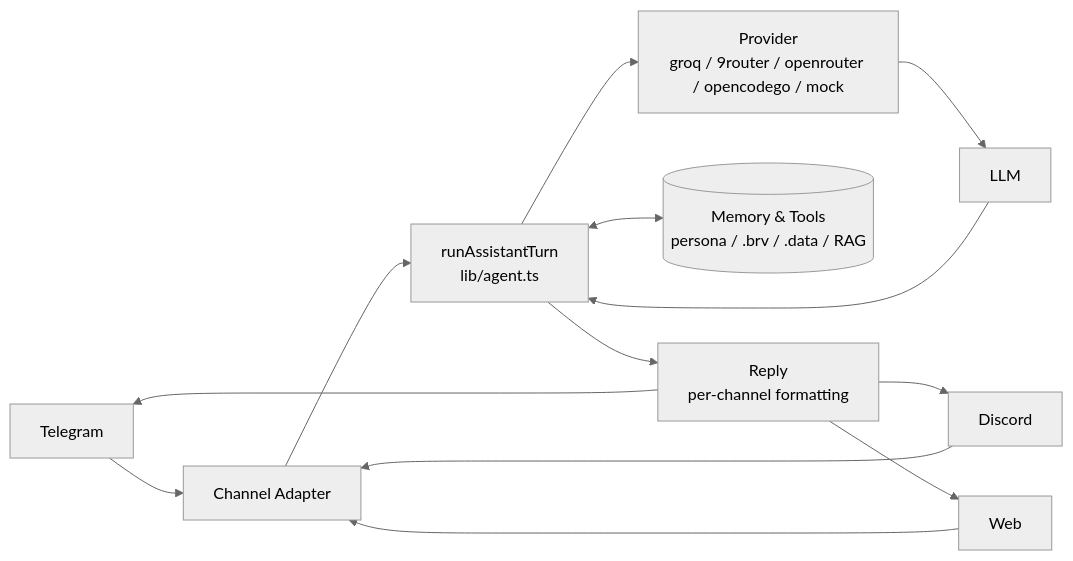
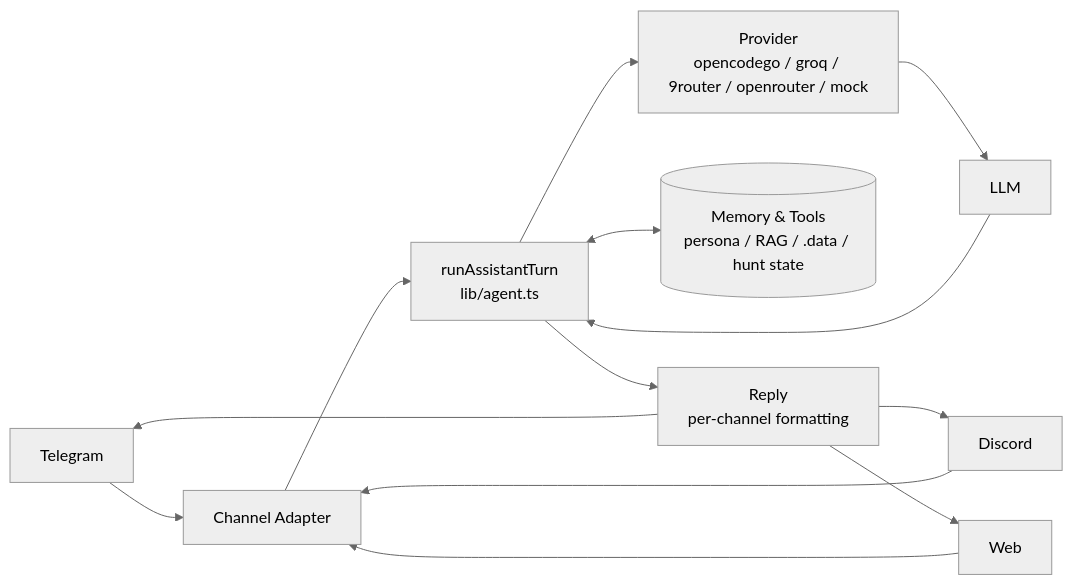
The diagram in README.md (naufalazhar65/AI-ASSISTANT), drawn with Mermaid (neutral theme) before and after one commit. The commit also changed other lines of this file, not shown here.

````diff
--- a/README.md
+++ b/README.md
@@ -57,13 +95,13 @@
 ```mermaid
 flowchart LR
   TG[Telegram] --> A[Channel Adapter]
   DC[Discord] --> A
   WEB[Web] --> A
   A --> C[runAssistantTurn<br/>lib/agent.ts]
-  C --> P[Provider<br/>groq / 9router / openrouter / opencodego / mock]
+  C --> P[Provider<br/>opencodego / groq / 9router / openrouter / mock]
   P --> LLM
-  C <--> M[(Memory & Tools<br/>persona / .brv / .data / RAG)]
+  C <--> M[(Memory & Tools<br/>persona / RAG / .data / hunt state)]
   LLM --> C
   C --> R[Reply<br/>per-channel formatting]
   R --> TG & DC & WEB
 ```
````
